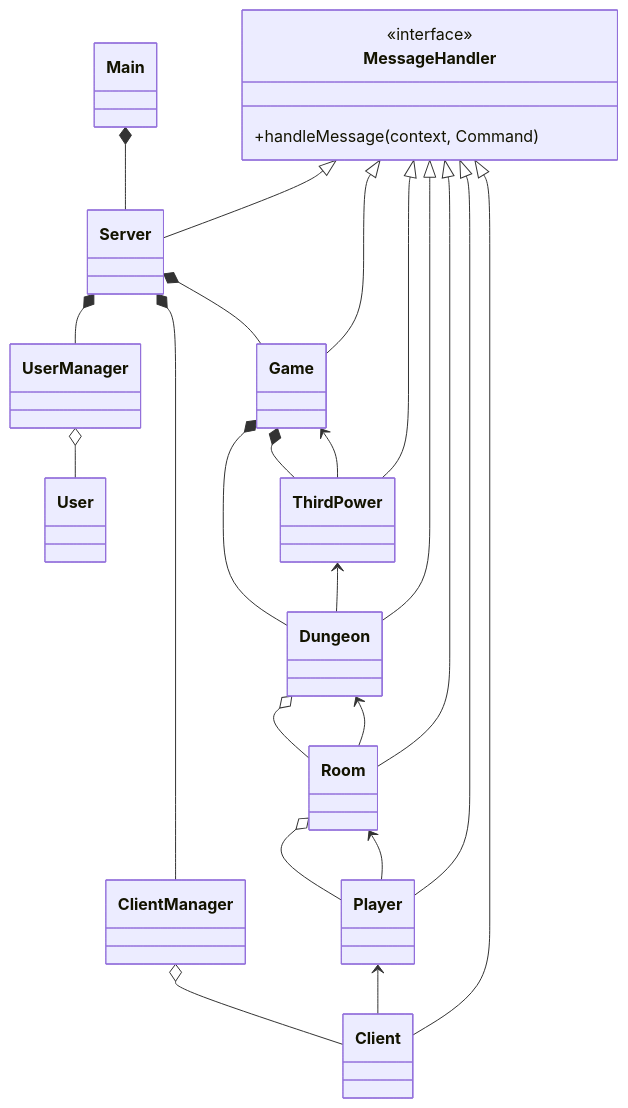
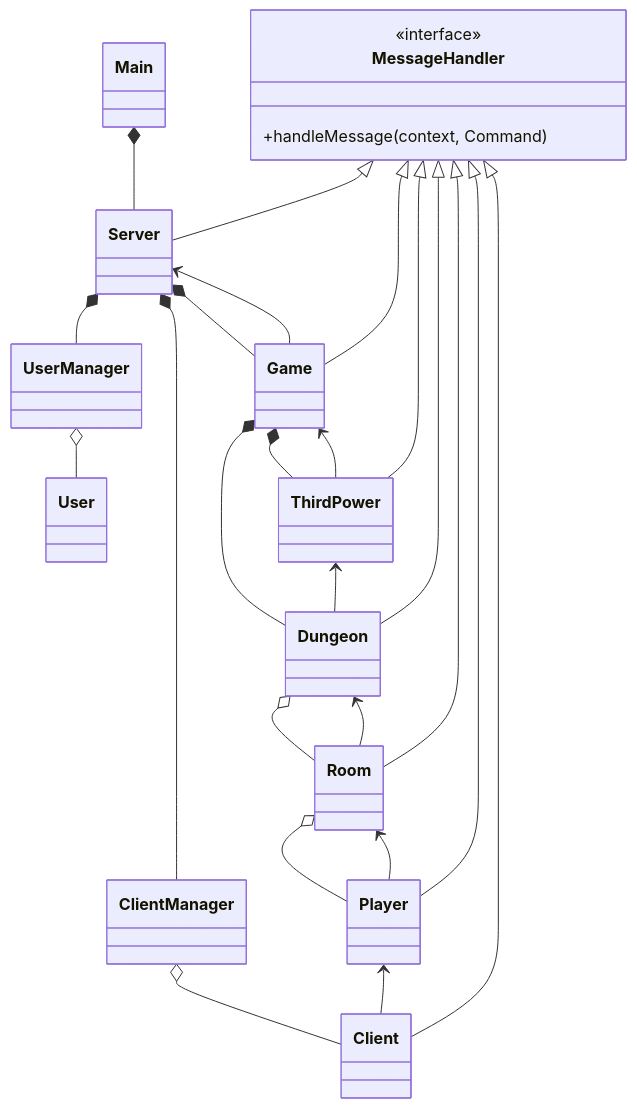
Before and after one commit to GeenDutchman/LHF-MUD: the first of 2 diagrams in gameserver/src/main/java/com/lhf/server/serverDesign.md, drawn with Mermaid.

Commit message:
The ultimate link

````diff
--- a/gameserver/src/main/java/com/lhf/server/serverDesign.md
+++ b/gameserver/src/main/java/com/lhf/server/serverDesign.md
@@ -1,51 +1,52 @@
 ```mermaid
 classDiagram
     class MessageHandler
     <<interface>> MessageHandler
     MessageHandler: +handleMessage(context, Command)
     class Main
     class Server
     class UserManager
     class User
     class ClientManager
     class Client
     class Game
     class ThirdPower
     class Dungeon
     class Room
     class Player   
     
 
     Main *-- Server
 
     Server *-- UserManager
     Server *-- ClientManager
     Server *-- Game
 
     ClientManager o-- Client
 
     UserManager o-- User
 
     Game *-- ThirdPower
 
     Game *-- Dungeon
 
     Dungeon o-- Room
 
     Room o-- Player
 
     Player <-- Client
     Room <-- Player
     Dungeon <-- Room
     ThirdPower <-- Dungeon
     Game <-- ThirdPower
+    Server <-- Game
 
     MessageHandler <|-- Player
     MessageHandler <|-- Room
     MessageHandler <|-- Dungeon
     MessageHandler <|-- ThirdPower
     MessageHandler <|-- Game
     MessageHandler <|-- Server
     MessageHandler <|-- Client
 
 ```
````
